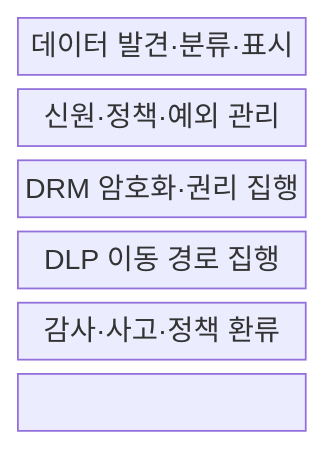
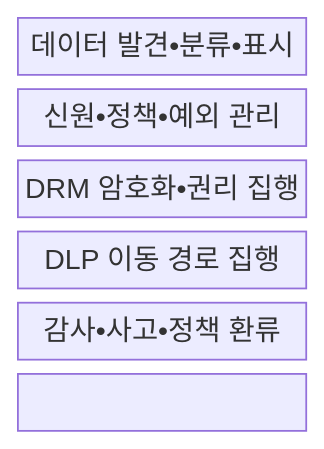
Before and after one commit to agnusdei1207/knowledge-base: the first of 2 diagrams in src/content/docs/notes/05-security/142_drm_dlp.md, drawn with Mermaid. The commit also changed other lines of this file and 953 other files, not shown here.

````diff
--- a/src/content/docs/notes/05-security/142_drm_dlp.md
+++ b/src/content/docs/notes/05-security/142_drm_dlp.md
@@ -67,11 +67,11 @@
 ```mermaid
 block-beta
   columns 1
-  C["데이터 발견·분류·표시"]
-  P["신원·정책·예외 관리"]
-  R["DRM 암호화·권리 집행"]
+  C["데이터 발견•분류•표시"]
+  P["신원•정책•예외 관리"]
+  R["DRM 암호화•권리 집행"]
   D["DLP 이동 경로 집행"]
-  A["감사·사고·정책 환류"]
+  A["감사•사고•정책 환류"]
   C --- P --- R
   R --- D --- A
 ```
````
